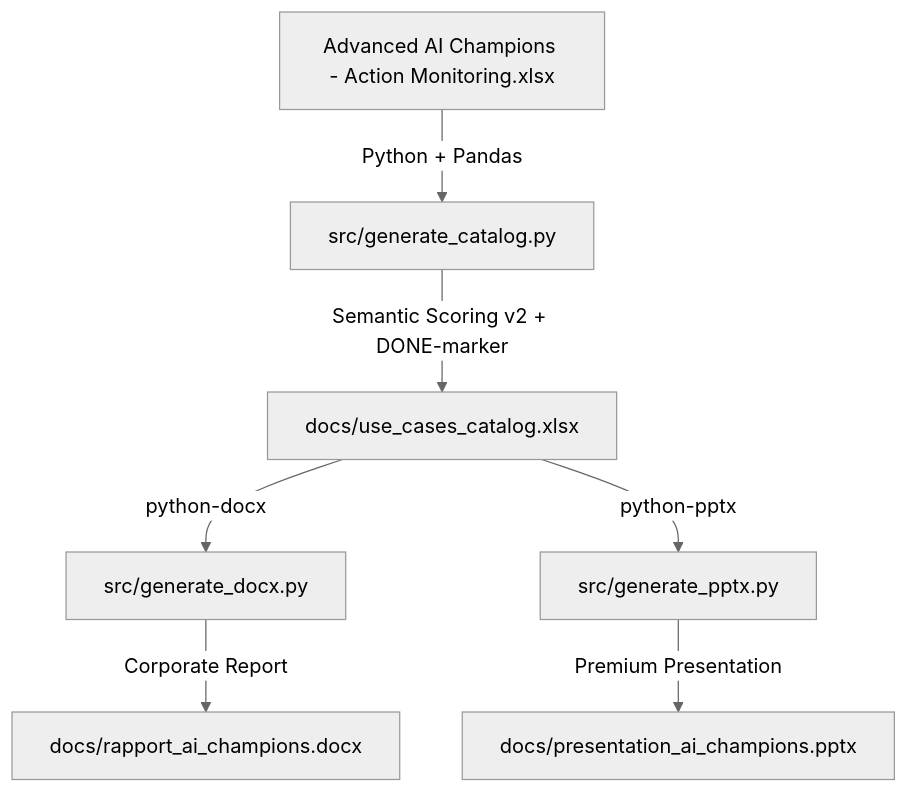
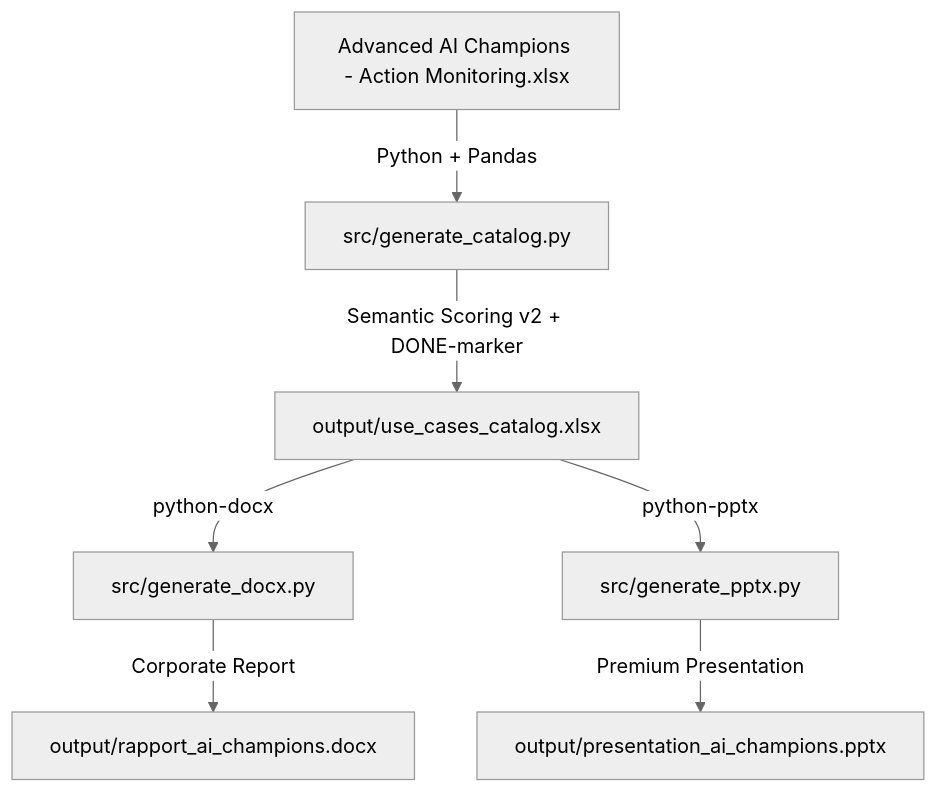
Before and after one commit to adrienparasote-ops/air-liquide: the diagram in docs/CODEMAPS/architecture.md, drawn with Mermaid (neutral theme). The commit also changed other lines of this file and 2 other files, not shown here.

Commit message:
refactor(pptx): preserve new slides and ensure outputs point to output/ folder

````diff
--- a/docs/CODEMAPS/architecture.md
+++ b/docs/CODEMAPS/architecture.md
@@ -6,9 +6,9 @@
 ```mermaid
 graph TD
     Source[Advanced AI Champions - Action Monitoring.xlsx] -->|Python + Pandas| CatalogScript[src/generate_catalog.py]
-    CatalogScript -->|Semantic Scoring v2 + DONE-marker| OutputExcel[docs/use_cases_catalog.xlsx]
+    CatalogScript -->|Semantic Scoring v2 + DONE-marker| OutputExcel[output/use_cases_catalog.xlsx]
     OutputExcel -->|python-docx| DocxScript[src/generate_docx.py]
     OutputExcel -->|python-pptx| PptxScript[src/generate_pptx.py]
-    DocxScript -->|Corporate Report| OutputDocx[docs/rapport_ai_champions.docx]
-    PptxScript -->|Premium Presentation| OutputPptx[docs/presentation_ai_champions.pptx]
+    DocxScript -->|Corporate Report| OutputDocx[output/rapport_ai_champions.docx]
+    PptxScript -->|Premium Presentation| OutputPptx[output/presentation_ai_champions.pptx]
 ```
````
